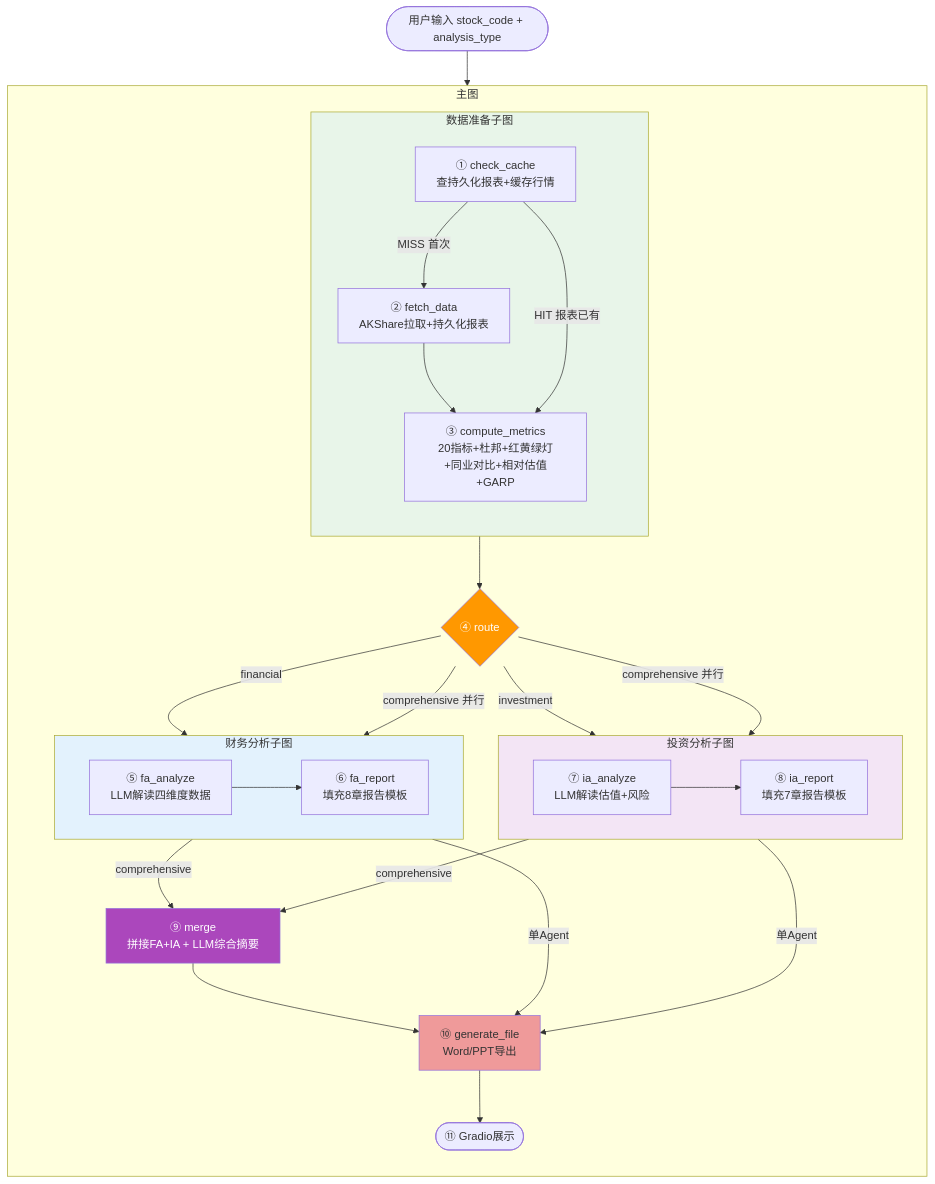
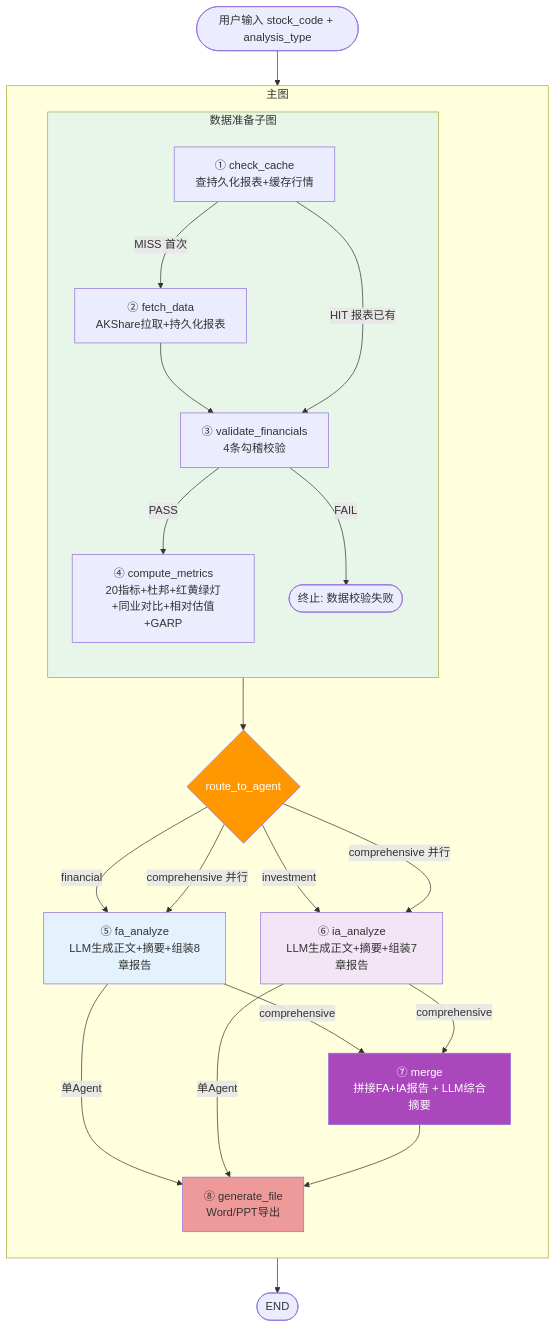
The diagram in README.md (closure-guo/finance_analysis_agent), drawn with Mermaid before and after one commit. The commit also changed other lines of this file and 21 other files, not shown here.

````diff
--- a/README.md
+++ b/README.md
@@ -7,56 +7,49 @@
 ```mermaid
 flowchart TB
     START([用户输入 stock_code + analysis_type]) --> PREP
 
     subgraph MAIN["主图"]
         direction TB
 
         subgraph PREP["数据准备子图"]
             direction TB
             CC["① check_cache<br/>查持久化报表+缓存行情"]
             FP["② fetch_data<br/>AKShare拉取+持久化报表"]
-            CM["③ compute_metrics<br/>20指标+杜邦+红黄绿灯<br/>+同业对比+相对估值+GARP"]
-            CC -->|"MISS 首次"| FP --> CM
-            CC -->|"HIT 报表已有"| CM
+            VF["③ validate_financials<br/>4条勾稽校验"]
+            CM["④ compute_metrics<br/>20指标+杜邦+红黄绿灯<br/>+同业对比+相对估值+GARP"]
+            CC -->|"MISS 首次"| FP --> VF
+            CC -->|"HIT 报表已有"| VF
+            VF -->|"PASS"| CM
+            VF -->|"FAIL"| END_ERR(["终止: 数据校验失败"])
         end
 
-        Route{"④ route"}
+        Route{"route_to_agent"}
 
-        subgraph FA["财务分析子图"]
-            FA1["⑤ fa_analyze<br/>LLM解读四维度数据"]
-            FA2["⑥ fa_report<br/>填充8章报告模板"]
-            FA1 --> FA2
-        end
+        FA["⑤ fa_analyze<br/>LLM生成正文+摘要+组装8章报告"]
+        IA["⑥ ia_analyze<br/>LLM生成正文+摘要+组装7章报告"]
 
-        subgraph IA["投资分析子图"]
-            IA1["⑦ ia_analyze<br/>LLM解读估值+风险"]
-            IA2["⑧ ia_report<br/>填充7章报告模板"]
-            IA1 --> IA2
-        end
-
-        Merge["⑨ merge<br/>拼接FA+IA + LLM综合摘要"]
-        GenFile["⑩ generate_file<br/>Word/PPT导出"]
-        Output(["⑪ Gradio展示"])
+        Merge["⑦ merge<br/>拼接FA+IA报告 + LLM综合摘要"]
+        GenFile["⑧ generate_file<br/>Word/PPT导出"]
     end
 
     PREP --> Route
 
     Route -->|"financial"| FA
     Route -->|"investment"| IA
     Route -->|"comprehensive 并行"| FA
     Route -->|"comprehensive 并行"| IA
 
     FA -->|"comprehensive"| Merge
     IA -->|"comprehensive"| Merge
     FA -->|"单Agent"| GenFile
     IA -->|"单Agent"| GenFile
     Merge --> GenFile
-    GenFile --> Output
+    GenFile --> END([END])
 
     style PREP fill:#e8f5e9
     style Route fill:#ff9800,color:#fff
     style FA fill:#e3f2fd
     style IA fill:#f3e5f5
     style Merge fill:#ab47bc,color:#fff
     style GenFile fill:#ef9a9a
 ```
````
